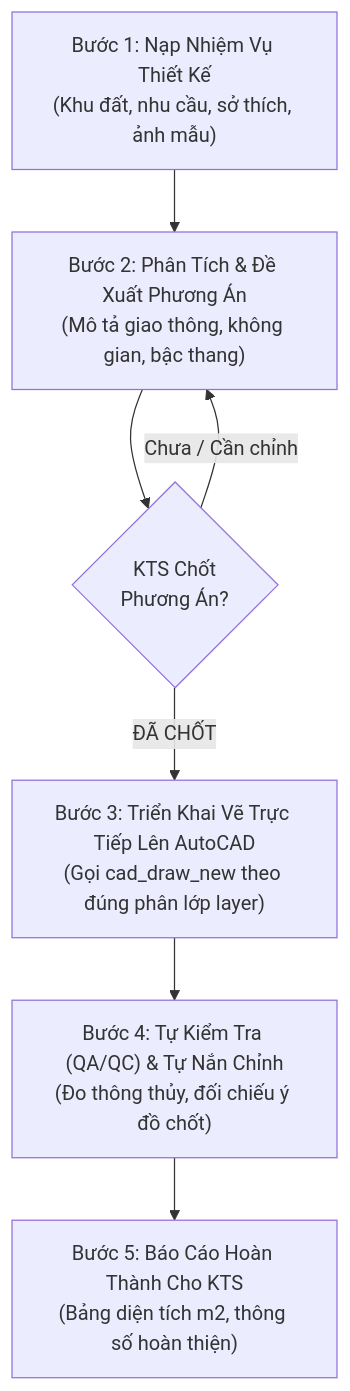
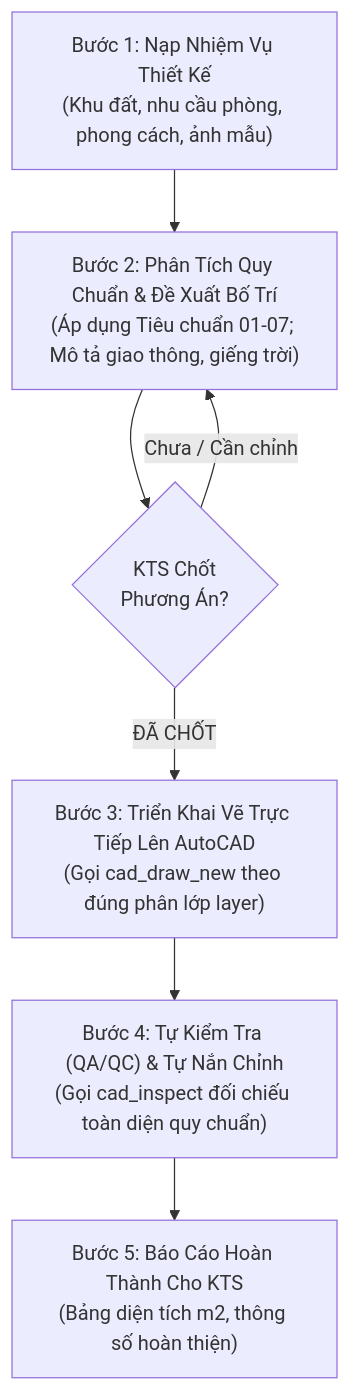
The first of 2 diagrams in WORKFLOW.md (haianhdskt-boop/autocad-ai-mcp), drawn with Mermaid before and after one commit. The commit also changed other lines of this file and 5 other files, not shown here.

Commit message:
feat: integrate architecture-reference-library pre-drafting standards and full-plan compliance audit

````diff
--- a/WORKFLOW.md
+++ b/WORKFLOW.md
@@ -9,9 +40,15 @@
 ```mermaid
 flowchart TD
-    A["Bước 1: Nạp Nhiệm Vụ Thiết Kế\n(Khu đất, nhu cầu, sở thích, ảnh mẫu)"] --> B["Bước 2: Phân Tích & Đề Xuất Phương Án\n(Mô tả giao thông, không gian, bậc thang)"]
-    B --> C{"KTS Chốt\nPhương Án?"}
+    A["Bước 1: Nạp Nhiệm Vụ Thiết Kế
+(Khu đất, nhu cầu phòng, phong cách, ảnh mẫu)"] --> B["Bước 2: Phân Tích Quy Chuẩn & Đề Xuất Bố Trí
+(Áp dụng Tiêu chuẩn 01-07; Mô tả giao thông, giếng trời)"]
+    B --> C{"KTS Chốt
+Phương Án?"}
     C -- "Chưa / Cần chỉnh" --> B
-    C -- "ĐÃ CHỐT" --> D["Bước 3: Triển Khai Vẽ Trực Tiếp Lên AutoCAD\n(Gọi cad_draw_new theo đúng phân lớp layer)"]
-    D --> E["Bước 4: Tự Kiểm Tra (QA/QC) & Tự Nắn Chỉnh\n(Đo thông thủy, đối chiếu ý đồ chốt)"]
-    E --> F["Bước 5: Báo Cáo Hoàn Thành Cho KTS\n(Bảng diện tích m2, thông số hoàn thiện)"]
+    C -- "ĐÃ CHỐT" --> D["Bước 3: Triển Khai Vẽ Trực Tiếp Lên AutoCAD
+(Gọi cad_draw_new theo đúng phân lớp layer)"]
+    D --> E["Bước 4: Tự Kiểm Tra (QA/QC) & Tự Nắn Chỉnh
+(Gọi cad_inspect đối chiếu toàn diện quy chuẩn)"]
+    E --> F["Bước 5: Báo Cáo Hoàn Thành Cho KTS
+(Bảng diện tích m2, thông số hoàn thiện)"]
 ```
````
